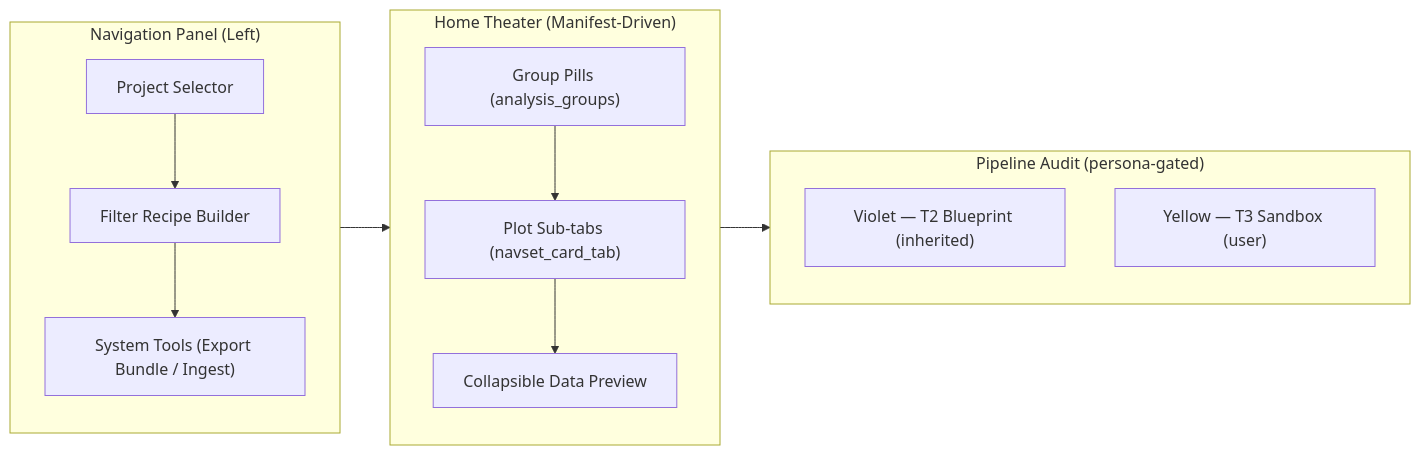
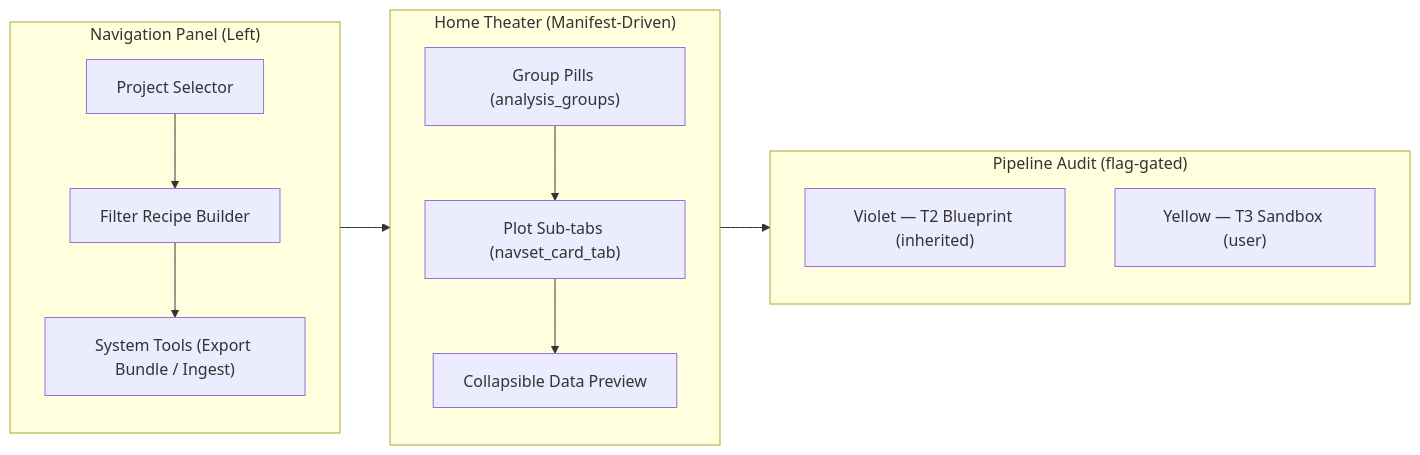
The diagram in docs/workflows/dashboard_app.qmd (evezeyl/SPARMVET_VIZ), drawn with Mermaid before and after one commit. The commit also changed other lines of this file and 143 other files, not shown here.

````diff
--- a/docs/workflows/dashboard_app.qmd
+++ b/docs/workflows/dashboard_app.qmd
@@ -28,23 +28,23 @@
 ```{mermaid}
 graph LR
     subgraph Left_Sidebar ["Navigation Panel (Left)"]
         direction TB
         A["Project Selector"] --> B["Filter Recipe Builder"]
         B --> C["System Tools (Export Bundle / Ingest)"]
     end
 
     subgraph Central_Theater ["Home Theater (Manifest-Driven)"]
         direction TB
         D["Group Pills (analysis_groups)"] --> E["Plot Sub-tabs (navset_card_tab)"]
         E --> F["Collapsible Data Preview"]
     end
 
-    subgraph Right_Sidebar ["Pipeline Audit (persona-gated)"]
+    subgraph Right_Sidebar ["Pipeline Audit (flag-gated)"]
         direction TB
         H["Violet — T2 Blueprint (inherited)"]
         I["Yellow — T3 Sandbox (user)"]
     end
 
     Left_Sidebar --> Central_Theater
     Central_Theater --> Right_Sidebar
 ```
````
